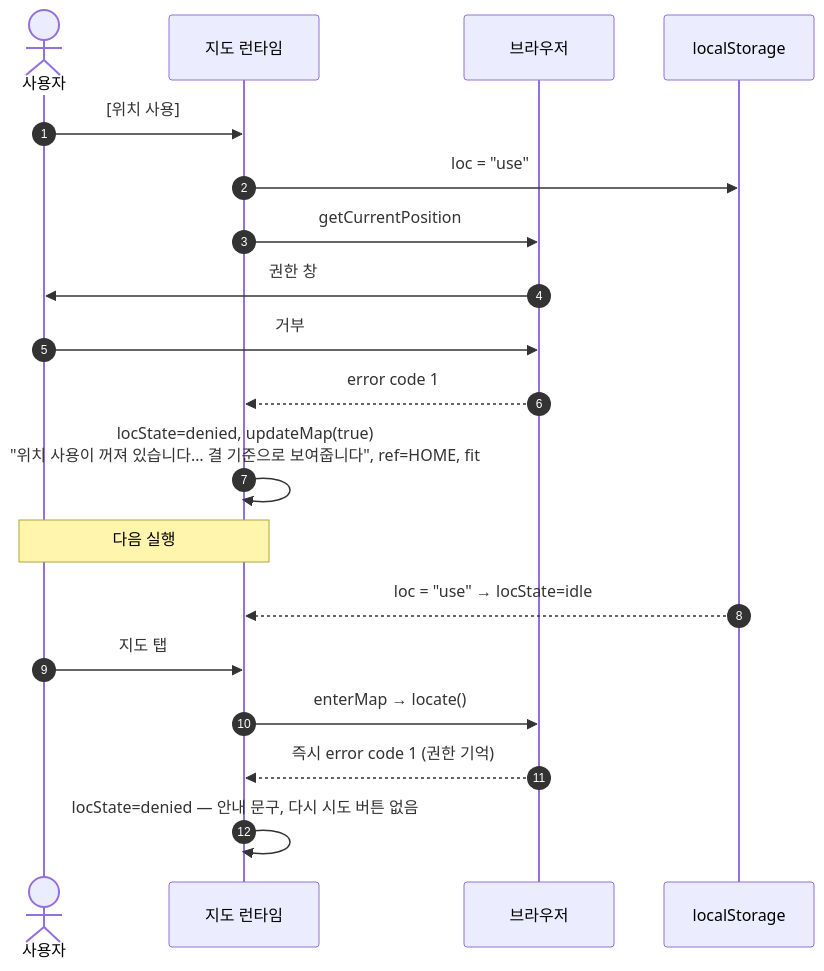
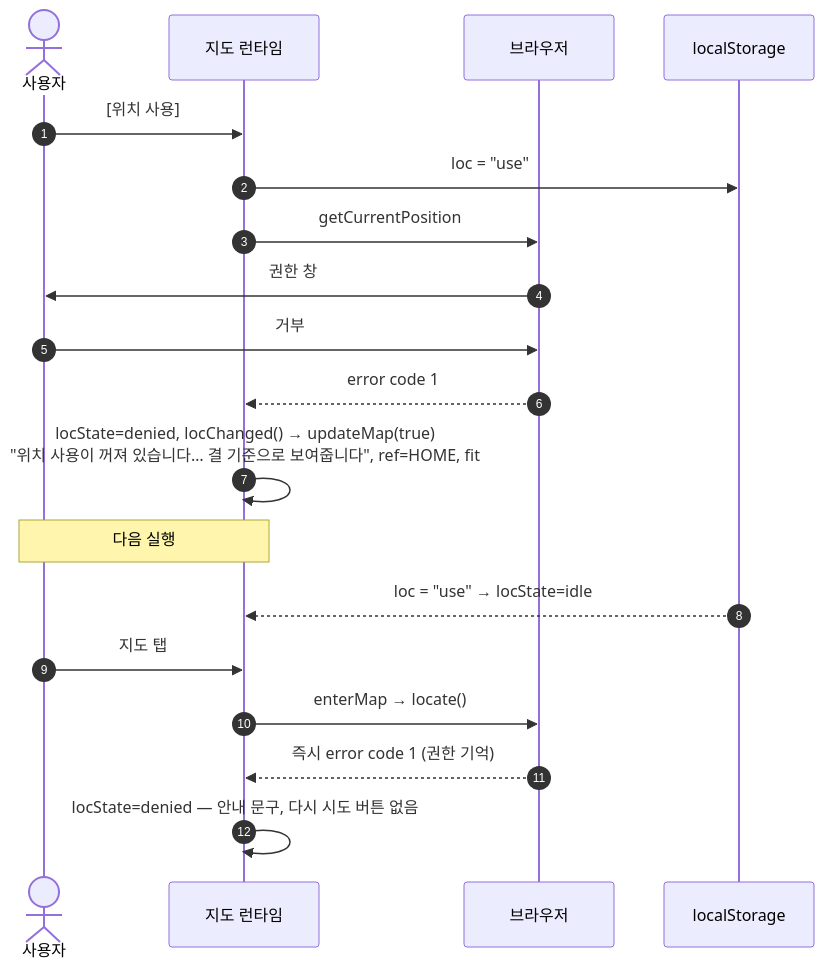
The seventh of 8 diagrams in docs/architecture/rfc/0002-mlp-client-only.md (underthesun7213/yui-board), drawn with Mermaid before and after one commit. The commit also changed other lines of this file, not shown here.

First line of the commit message:
WIP: architect updating MLP design docs to the current code

````diff
--- a/docs/architecture/rfc/0002-mlp-client-only.md
+++ b/docs/architecture/rfc/0002-mlp-client-only.md
@@ -346,22 +368,22 @@
 ```mermaid
 sequenceDiagram
   autonumber
   actor U as 사용자
   participant M as 지도 런타임
   participant B as 브라우저
   participant ST as localStorage
 
   U->>M: [위치 사용]
   M->>ST: loc = "use"
   M->>B: getCurrentPosition
   B->>U: 권한 창
   U->>B: 거부
   B-->>M: error code 1
-  M->>M: locState=denied, updateMap(true)<br/>"위치 사용이 꺼져 있습니다… 결 기준으로 보여줍니다", ref=HOME, fit
+  M->>M: locState=denied, locChanged() → updateMap(true)<br/>"위치 사용이 꺼져 있습니다… 결 기준으로 보여줍니다", ref=HOME, fit
   Note over U,M: 다음 실행
   ST-->>M: loc = "use" → locState=idle
   U->>M: 지도 탭
   M->>B: enterMap → locate()
   B-->>M: 즉시 error code 1 (권한 기억)
   M->>M: locState=denied — 안내 문구, 다시 시도 버튼 없음
 ```
````
